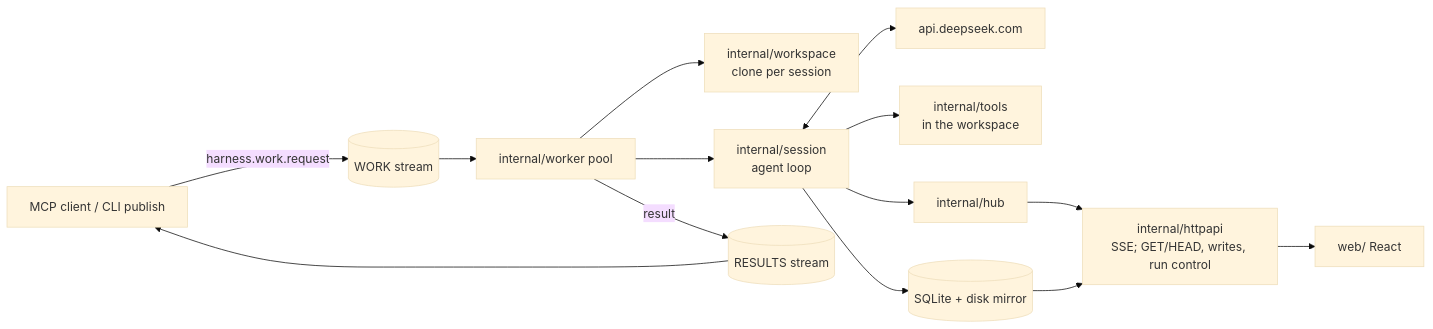
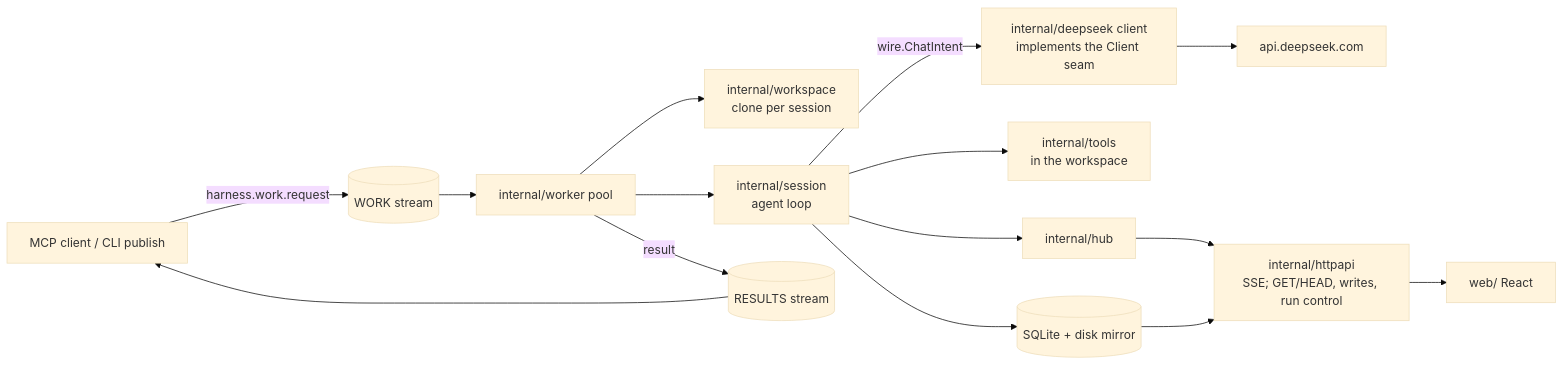
The diagram in ARCHITECTURE.md (tinkerindustries/agent-harness), drawn with Mermaid (base theme) before and after one commit. The commit also changed other lines of this file and 1 other file, not shown here.

First line of the commit message:
docs: describe the session-to-provider Client seam

````diff
--- a/ARCHITECTURE.md
+++ b/ARCHITECTURE.md
@@ -33,16 +33,17 @@
 ```mermaid
 flowchart LR
     caller[MCP client / CLI publish] -->|harness.work.request| WORK[(WORK stream)]
     WORK --> worker[internal/worker pool]
     worker --> ws[internal/workspace<br/>clone per session]
     worker --> session[internal/session<br/>agent loop]
-    session <--> api[api.deepseek.com]
+    session -->|wire.ChatIntent| ds[internal/deepseek client<br/>implements the Client seam]
+    ds --> api[api.deepseek.com]
     session --> tools[internal/tools<br/>in the workspace]
     session --> store[(SQLite + disk mirror)]
     session --> hub[internal/hub]
     hub --> http[internal/httpapi<br/>SSE; GET/HEAD, writes, run control]
     store --> http
     http --> web[web/ React]
     worker -->|result| RESULTS[(RESULTS stream)]
     RESULTS --> caller
 ```
````
